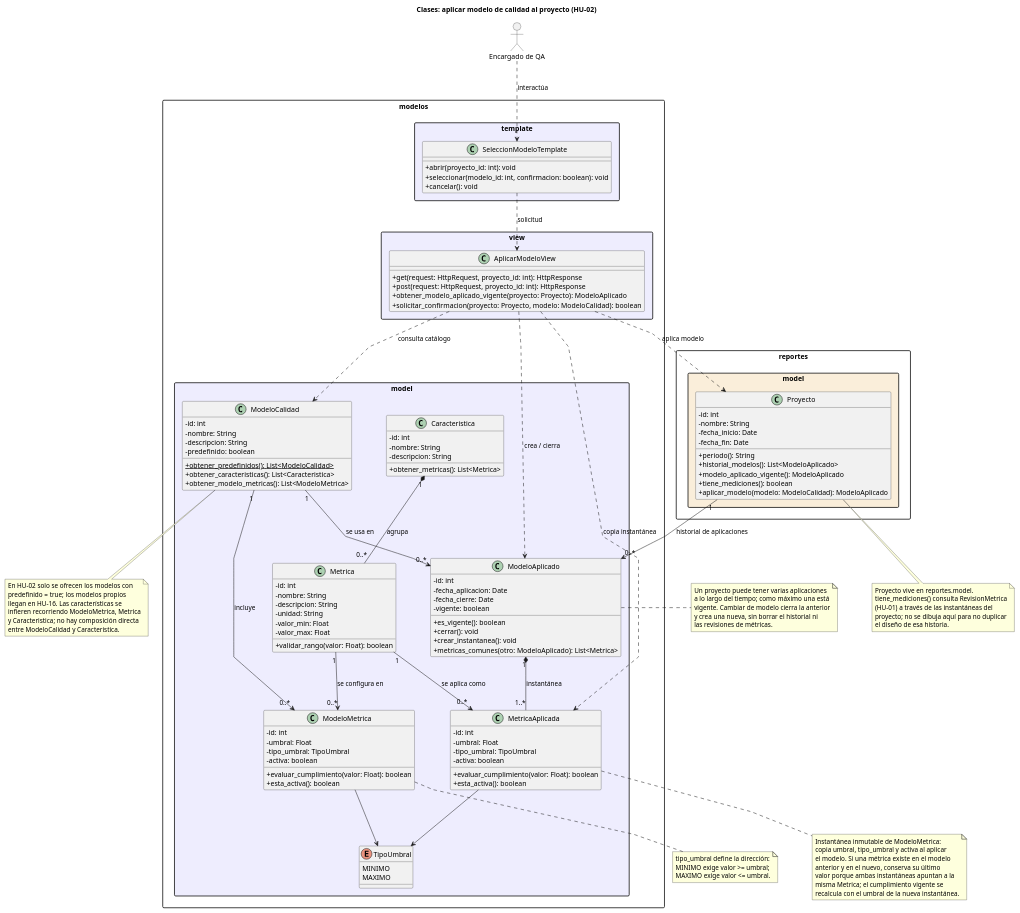
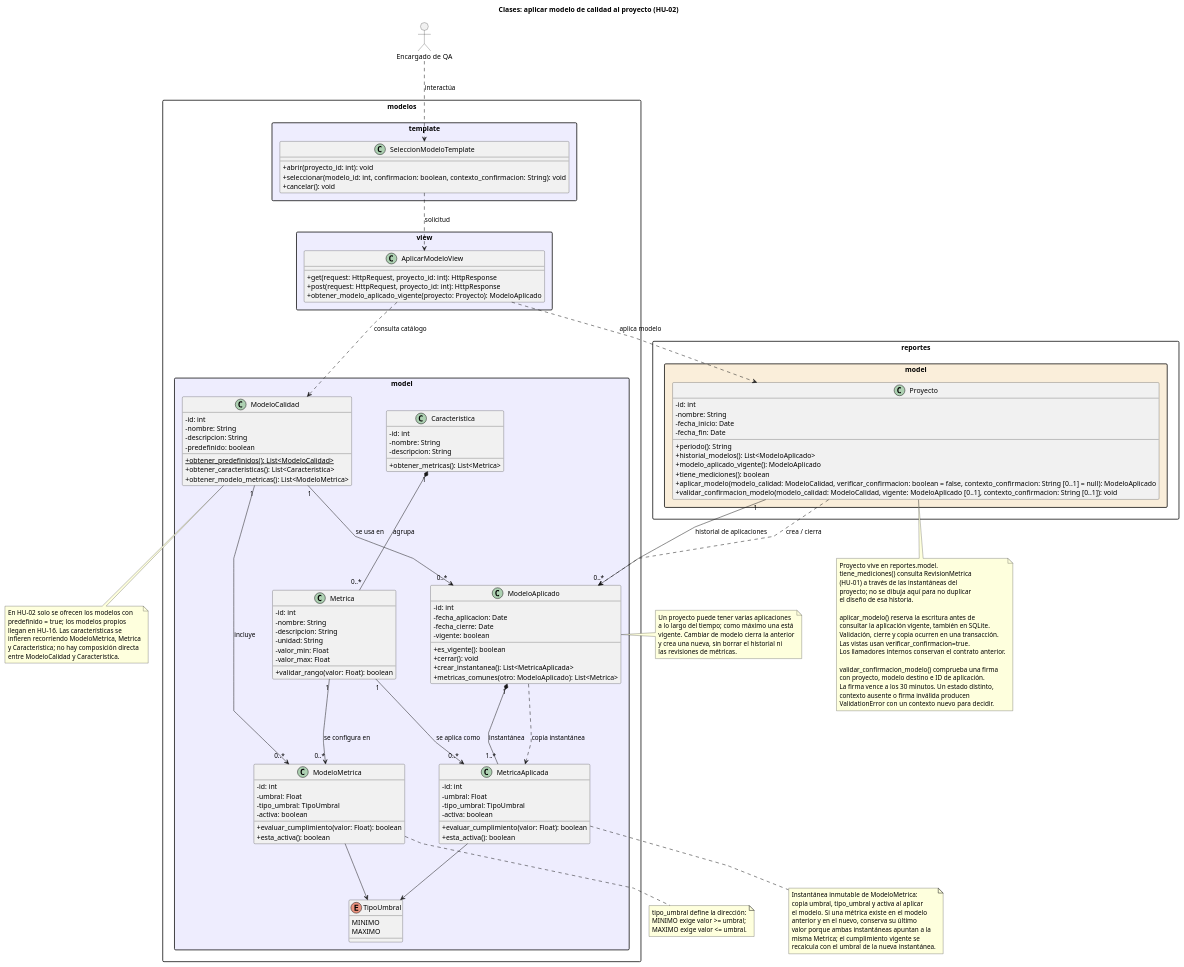
One commit to Josgtg/QA-Admin changed the diagram in diagrams_corregidos/clases/hu2_clases.puml. Above: the diagram before and after it, drawn with PlantUML. The commit also changed 5 other files, not shown here.

```diff
--- a/diagrams_corregidos/clases/hu2_clases.puml
+++ b/diagrams_corregidos/clases/hu2_clases.puml
@@ -1,166 +1,178 @@
 @startuml hu2_clases
 allowmixing
 skinparam classAttributeIconSize 0
 skinparam shadowing false
 skinparam linetype polyline
 skinparam packageStyle rectangle
 skinparam nodesep 70
 skinparam ranksep 90
 top to bottom direction
 
 title Clases: aplicar modelo de calidad al proyecto (HU-02)
 
 actor "Encargado de QA" as Encargado
 
 package "modelos.template" #EEEDFE {
   class SeleccionModeloTemplate {
     + abrir(proyecto_id: int): void
-    + seleccionar(modelo_id: int, confirmacion: boolean): void
+    + seleccionar(modelo_id: int, confirmacion: boolean, contexto_confirmacion: String): void
     + cancelar(): void
   }
 }
 
 package "modelos.view" #EEEDFE {
   class AplicarModeloView {
     + get(request: HttpRequest, proyecto_id: int): HttpResponse
     + post(request: HttpRequest, proyecto_id: int): HttpResponse
     + obtener_modelo_aplicado_vigente(proyecto: Proyecto): ModeloAplicado
-    + solicitar_confirmacion(proyecto: Proyecto, modelo: ModeloCalidad): boolean
   }
 }
 
 package "reportes.model" #FAEEDA {
   class Proyecto {
     - id: int
     - nombre: String
     - fecha_inicio: Date
     - fecha_fin: Date
     + periodo(): String
     + historial_modelos(): List<ModeloAplicado>
     + modelo_aplicado_vigente(): ModeloAplicado
     + tiene_mediciones(): boolean
-    + aplicar_modelo(modelo: ModeloCalidad): ModeloAplicado
+    + aplicar_modelo(modelo_calidad: ModeloCalidad, verificar_confirmacion: boolean = false, contexto_confirmacion: String [0..1] = null): ModeloAplicado
+    + validar_confirmacion_modelo(modelo_calidad: ModeloCalidad, vigente: ModeloAplicado [0..1], contexto_confirmacion: String [0..1]): void
   }
 }
 
 package "modelos.model" #EEEDFE {
   enum TipoUmbral {
     MINIMO
     MAXIMO
   }
 
   class ModeloCalidad {
     - id: int
     - nombre: String
     - descripcion: String
     - predefinido: boolean
     + {static} obtener_predefinidos(): List<ModeloCalidad>
     + obtener_caracteristicas(): List<Caracteristica>
     + obtener_modelo_metricas(): List<ModeloMetrica>
   }
 
   class Caracteristica {
     - id: int
     - nombre: String
     - descripcion: String
     + obtener_metricas(): List<Metrica>
   }
 
   class Metrica {
     - id: int
     - nombre: String
     - descripcion: String
     - unidad: String
     - valor_min: Float
     - valor_max: Float
     + validar_rango(valor: Float): boolean
   }
 
   class ModeloMetrica {
     - id: int
     - umbral: Float
     - tipo_umbral: TipoUmbral
     - activa: boolean
     + evaluar_cumplimiento(valor: Float): boolean
     + esta_activa(): boolean
   }
 
   class ModeloAplicado {
     - id: int
     - fecha_aplicacion: Date
     - fecha_cierre: Date
     - vigente: boolean
     + es_vigente(): boolean
     + cerrar(): void
-    + crear_instantanea(): void
+    + crear_instantanea(): List<MetricaAplicada>
     + metricas_comunes(otro: ModeloAplicado): List<Metrica>
   }
 
   class MetricaAplicada {
     - id: int
     - umbral: Float
     - tipo_umbral: TipoUmbral
     - activa: boolean
     + evaluar_cumplimiento(valor: Float): boolean
     + esta_activa(): boolean
   }
 }
 
 ModeloCalidad "1" --> "0..*" ModeloMetrica : incluye
 Metrica "1" --> "0..*" ModeloMetrica : se configura en
 Caracteristica "1" *-- "0..*" Metrica : agrupa
 Proyecto "1" --> "0..*" ModeloAplicado : historial de aplicaciones
 ModeloCalidad "1" --> "0..*" ModeloAplicado : se usa en
 ModeloAplicado "1" *-- "1..*" MetricaAplicada : instantánea
 Metrica "1" --> "0..*" MetricaAplicada : se aplica como
 ModeloMetrica --> TipoUmbral
 MetricaAplicada --> TipoUmbral
 
 Encargado ..> SeleccionModeloTemplate : interactúa
 SeleccionModeloTemplate ..> AplicarModeloView : solicitud
 AplicarModeloView ..> Proyecto : aplica modelo
 AplicarModeloView ..> ModeloCalidad : consulta catálogo
-AplicarModeloView ..> ModeloAplicado : crea / cierra
-AplicarModeloView ..> MetricaAplicada : copia instantánea
+Proyecto ..> ModeloAplicado : crea / cierra
+ModeloAplicado ..> MetricaAplicada : copia instantánea
 
 note right of ModeloAplicado
   Un proyecto puede tener varias aplicaciones
   a lo largo del tiempo; como máximo una está
   vigente. Cambiar de modelo cierra la anterior
   y crea una nueva, sin borrar el historial ni
   las revisiones de métricas.
 end note
 
 note bottom of MetricaAplicada
   Instantánea inmutable de ModeloMetrica:
   copia umbral, tipo_umbral y activa al aplicar
   el modelo. Si una métrica existe en el modelo
   anterior y en el nuevo, conserva su último
   valor porque ambas instantáneas apuntan a la
   misma Metrica; el cumplimiento vigente se
   recalcula con el umbral de la nueva instantánea.
 end note
 
 note bottom of ModeloMetrica
   tipo_umbral define la dirección:
   MINIMO exige valor >= umbral;
   MAXIMO exige valor <= umbral.
 end note
 
 note bottom of Proyecto
   Proyecto vive en reportes.model.
   tiene_mediciones() consulta RevisionMetrica
   (HU-01) a través de las instantáneas del
   proyecto; no se dibuja aquí para no duplicar
   el diseño de esa historia.
+
+  aplicar_modelo() reserva la escritura antes de
+  consultar la aplicación vigente, también en SQLite.
+  Validación, cierre y copia ocurren en una transacción.
+  Las vistas usan verificar_confirmacion=true.
+  Los llamadores internos conservan el contrato anterior.
+
+  validar_confirmacion_modelo() comprueba una firma
+  con proyecto, modelo destino e ID de aplicación.
+  La firma vence a los 30 minutos. Un estado distinto,
+  contexto ausente o firma inválida producen
+  ValidationError con un contexto nuevo para decidir.
 end note
 
 note bottom of ModeloCalidad
   En HU-02 solo se ofrecen los modelos con
   predefinido = true; los modelos propios
   llegan en HU-16. Las características se
   infieren recorriendo ModeloMetrica, Metrica
   y Caracteristica; no hay composición directa
   entre ModeloCalidad y Caracteristica.
 end note
 @enduml
```
